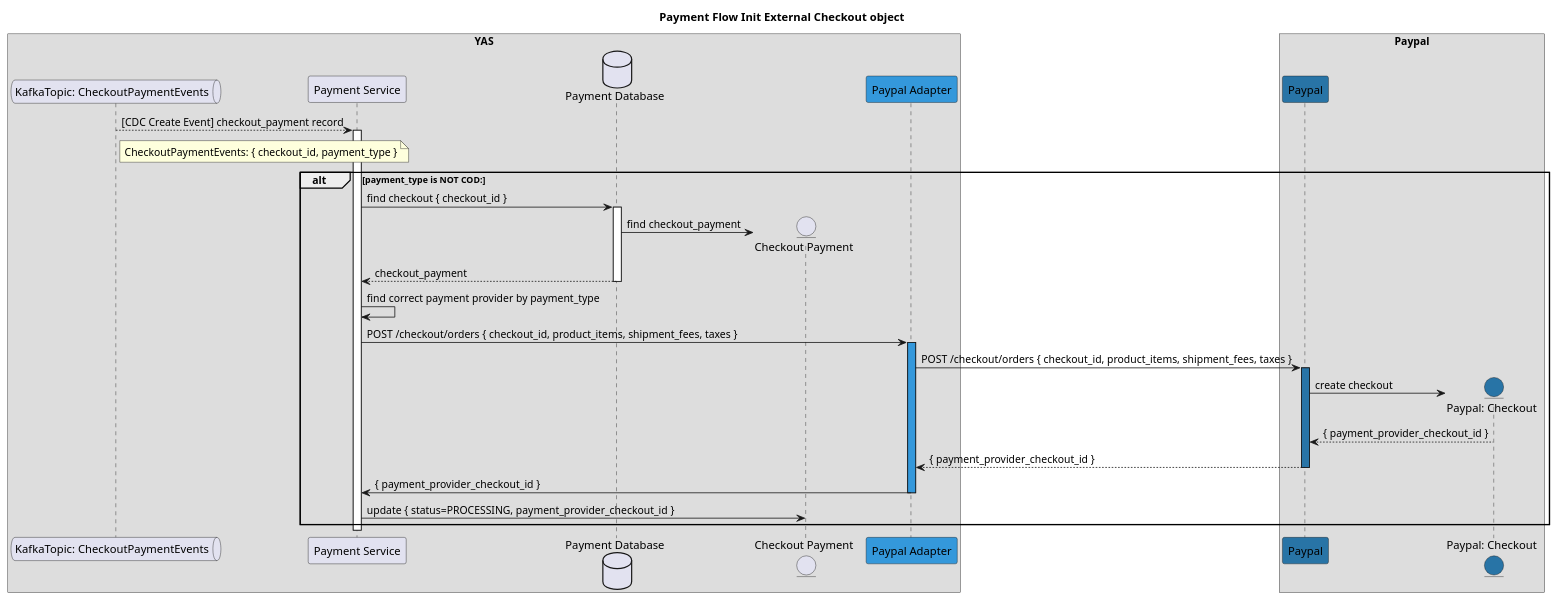
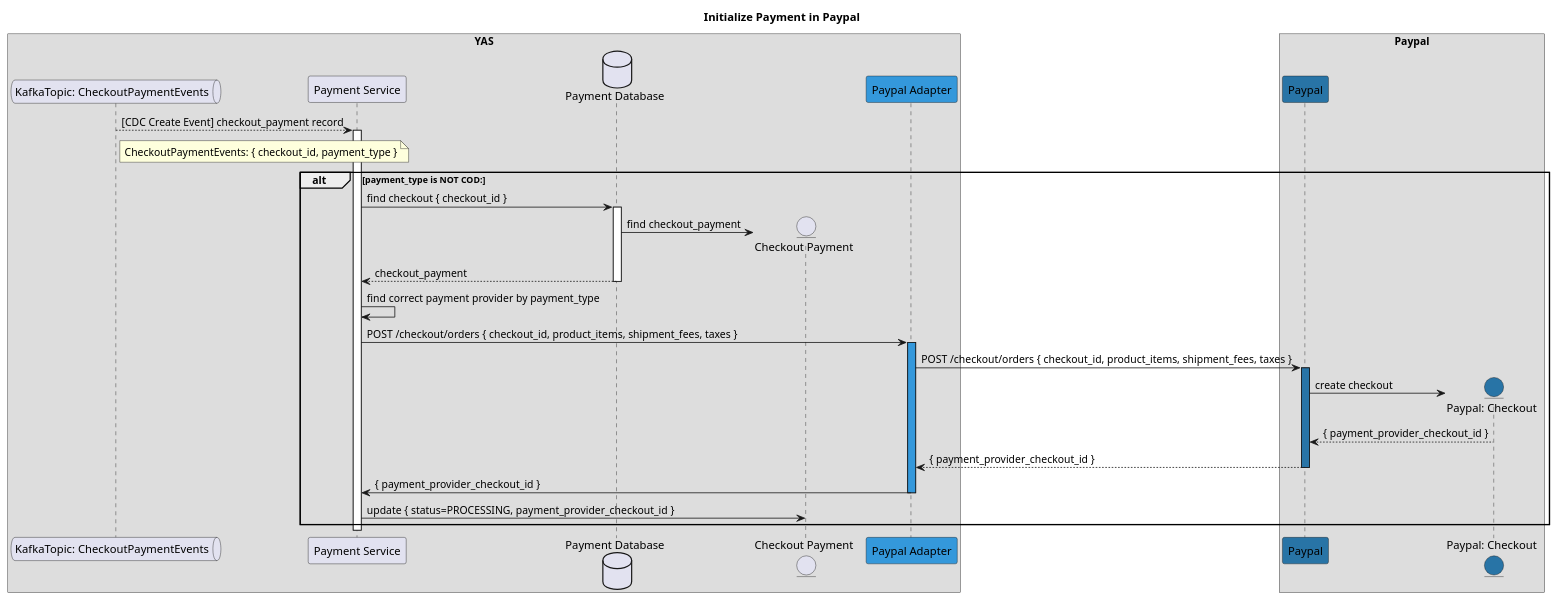
One commit to nashtech-garage/yas changed the diagram in docs/design/order-flows/payment-flow/handle.checkout_payment.created.event.puml. Above: the diagram before and after it, drawn with PlantUML. The commit also changed 2 other files, not shown here.

Commit message:
Initialize Payment in Paypal

```diff
--- a/docs/design/order-flows/payment-flow/handle.checkout_payment.created.event.puml
+++ b/docs/design/order-flows/payment-flow/handle.checkout_payment.created.event.puml
@@ -1,50 +1,50 @@
-@startuml Payment Flow Sub 2
+@startuml Initialize Payment in Paypal
 
-title Payment Flow Init External Checkout object 
+title Initialize Payment in Paypal
 
 box YAS
     queue "KafkaTopic: CheckoutPaymentEvents" as checkout_payment_topic
     participant "Payment Service" as payment_service
     database "Payment Database" as payment_database
     entity "Checkout Payment" as checkout_payment
     participant "Paypal Adapter" as payment_adapter#3498db
 end box 
 
 box "Paypal"
     participant "Paypal" as payment_provider #2874a6
     entity "Paypal: Checkout" as payment_provider_checkout #2874a6
 end box
 
 
 checkout_payment_topic --> payment_service: [CDC Create Event] checkout_payment record
 note right of checkout_payment_topic
   CheckoutPaymentEvents: { checkout_id, payment_type }
 end note
 
 
 activate payment_service
     alt payment_type is NOT COD:
 
       payment_service -> payment_database: find checkout { checkout_id }
       activate payment_database
         payment_database -> checkout_payment **: find checkout_payment
         payment_database --> payment_service: checkout_payment
       deactivate payment_database
 
       payment_service -> payment_service: find correct payment provider by payment_type
 
       payment_service  -> payment_adapter: POST /checkout/orders { checkout_id, product_items, shipment_fees, taxes }
       activate payment_adapter #3498db
         payment_adapter -> payment_provider: POST /checkout/orders { checkout_id, product_items, shipment_fees, taxes }
 
         activate payment_provider #2874a6        
           payment_provider -> payment_provider_checkout **: create checkout
           payment_provider <-- payment_provider_checkout: { payment_provider_checkout_id }          
           payment_adapter <-- payment_provider: { payment_provider_checkout_id }
         deactivate payment_provider  
         payment_adapter -> payment_service: { payment_provider_checkout_id }
       deactivate payment_adapter
       payment_service -> checkout_payment: update { status=PROCESSING, payment_provider_checkout_id }
     end 
 deactivate payment_service
 @enduml
```
